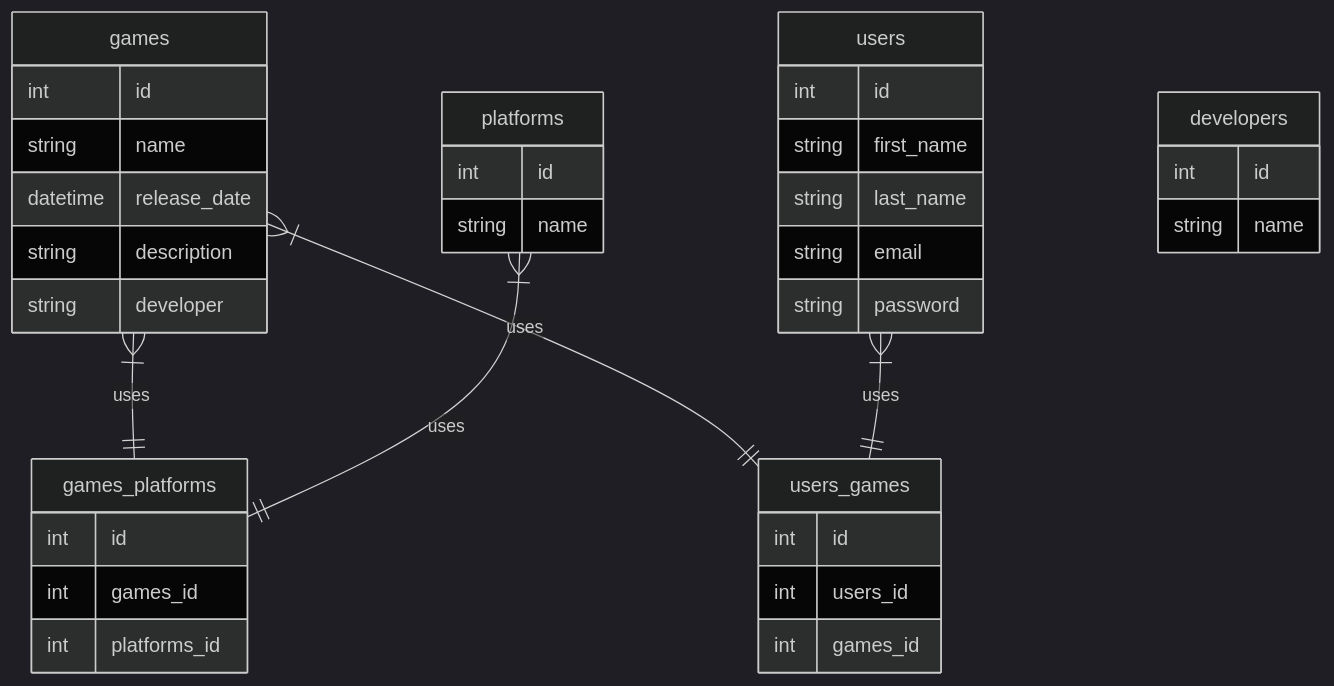
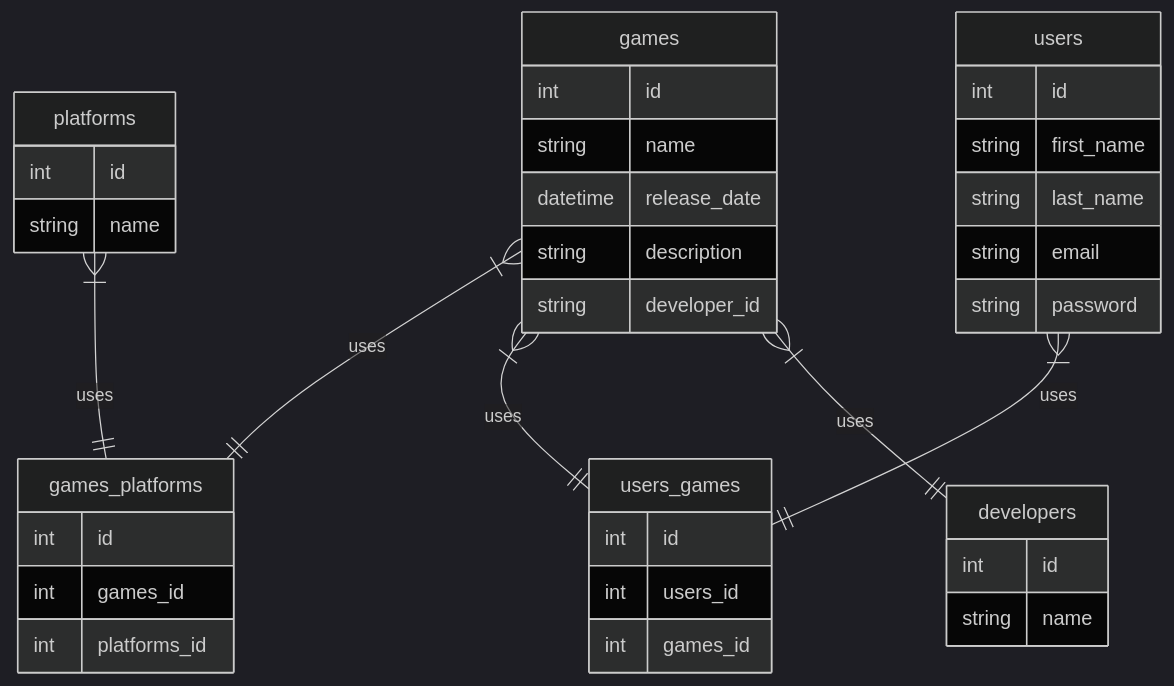
The second of 2 diagrams in README.md (Haikira/VGLogger), drawn with Mermaid before and after one commit.

````diff
--- a/README.md
+++ b/README.md
@@ -39,44 +39,45 @@
 ``` mermaid
 %%{init: {'theme': 'dark' } }%%
 
 erDiagram
 
         games {
                 int id
                 string name
                 datetime release_date
                 string description
-                string developer
+                string developer_id
         }
         platforms {
                 int id
                 string name                
         }
         games_platforms {
                 int id
                 int games_id
                 int platforms_id
         }
         users_games {
                 int id
                 int users_id
                 int games_id
         }
         users {
                 int id
                 string first_name
                 string last_name
                 string email
                 string password
         }
         developers {
                 int id
                 string name
         }
         
         games }|--|| games_platforms: "uses"
         platforms }|--|| games_platforms: "uses"
         games }|--|| users_games: "uses"
         users }|--|| users_games: "uses"
+        games }|--|| developers: "uses"
 
 ```
````
